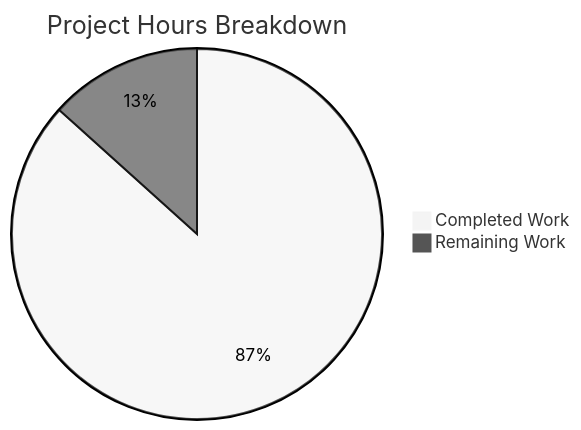
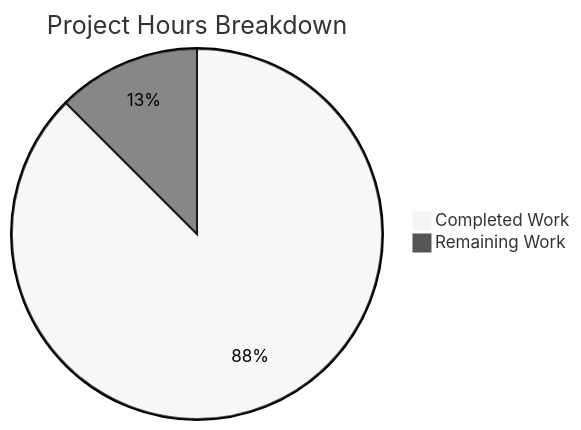
The second of 2 diagrams in blitzy/documentation/Project Guide - 8afb1828-c161-4751-8c48-bca9c0219f00.md (blitzy-build-in-public/bip-np-2-testing-4c516918), drawn with Mermaid (neutral theme) before and after one commit. The commit also changed other lines of this file, not shown here.

````diff
--- a/blitzy/documentation/Project Guide - 8afb1828-c161-4751-8c48-bca9c0219f00.md
+++ b/blitzy/documentation/Project Guide - 8afb1828-c161-4751-8c48-bca9c0219f00.md
@@ -173,5 +181,5 @@
 ```mermaid
 pie title Project Hours Breakdown
-    "Completed Work" : 13
+    "Completed Work" : 14
     "Remaining Work" : 2
 ```
````
